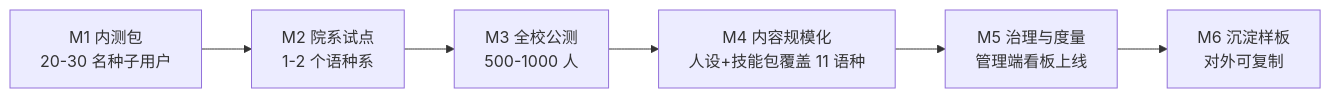
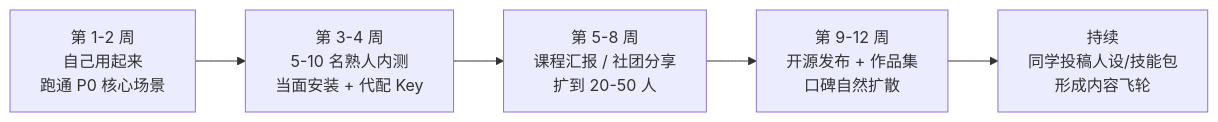
One commit to light-misty/Stealth-Study changed the second of 11 diagrams in docs/PRD-龙外工作台.md. Above: the diagram before and after it, drawn with Mermaid. The commit also changed other lines of this file and 2 other files, not shown here.

````diff
--- a/docs/PRD-龙外工作台.md
+++ b/docs/PRD-龙外工作台.md
@@ -292,8 +355,7 @@
 ```mermaid
 graph LR
-    A["M1 内测包<br/>20-30 名种子用户"] --> B["M2 院系试点<br/>1-2 个语种系"]
-    B --> C["M3 全校公测<br/>500-1000 人"]
-    C --> D["M4 内容规模化<br/>人设+技能包覆盖 11 语种"]
-    D --> E["M5 治理与度量<br/>管理端看板上线"]
-    E --> F["M6 沉淀样板<br/>对外可复制"]
+    A["第 1-2 周<br/>自己用起来<br/>跑通 P0 核心场景"] --> B["第 3-4 周<br/>5-10 名熟人内测<br/>当面安装 + 代配 Key"]
+    B --> C["第 5-8 周<br/>课程汇报 / 社团分享<br/>扩到 20-50 人"]
+    C --> D["第 9-12 周<br/>开源发布 + 作品集<br/>口碑自然扩散"]
+    D --> E["持续<br/>同学投稿人设/技能包<br/>形成内容飞轮"]
 ```
````
